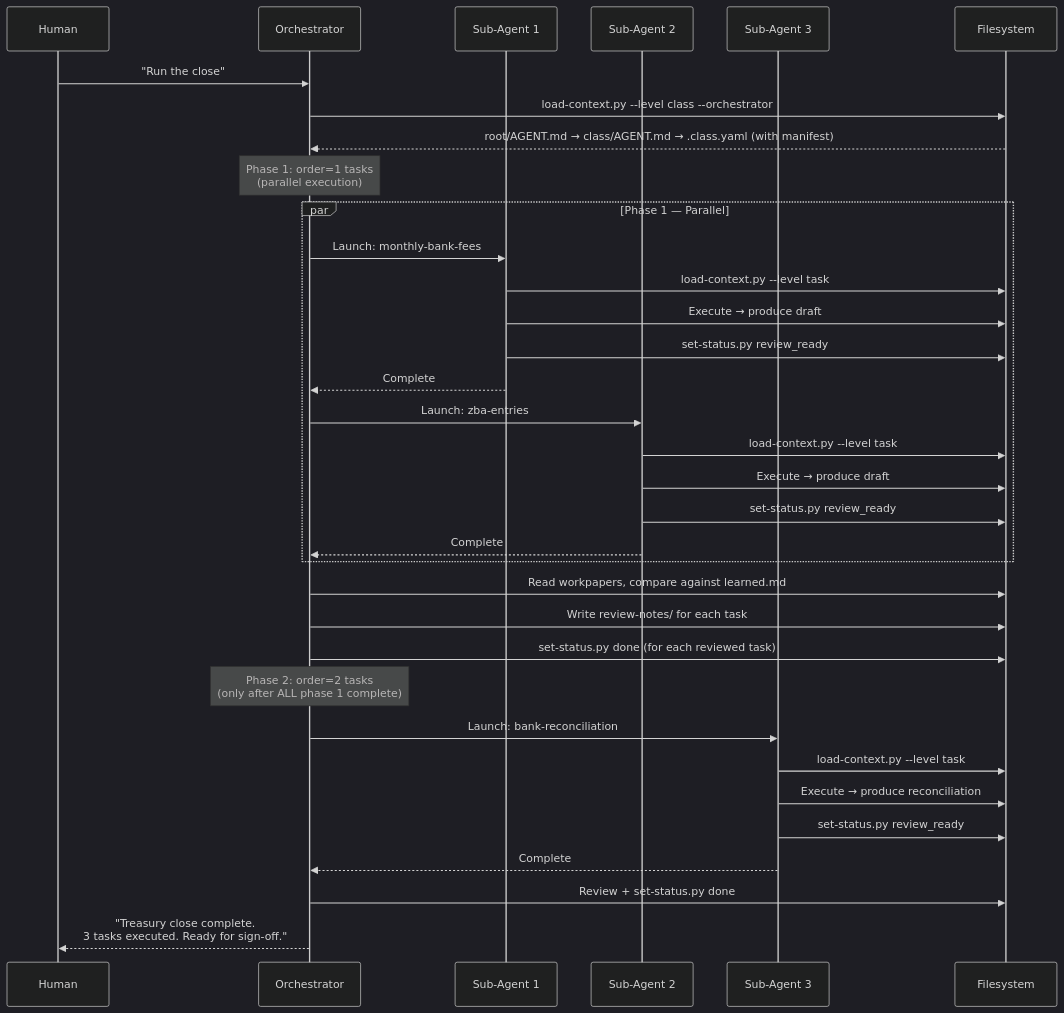
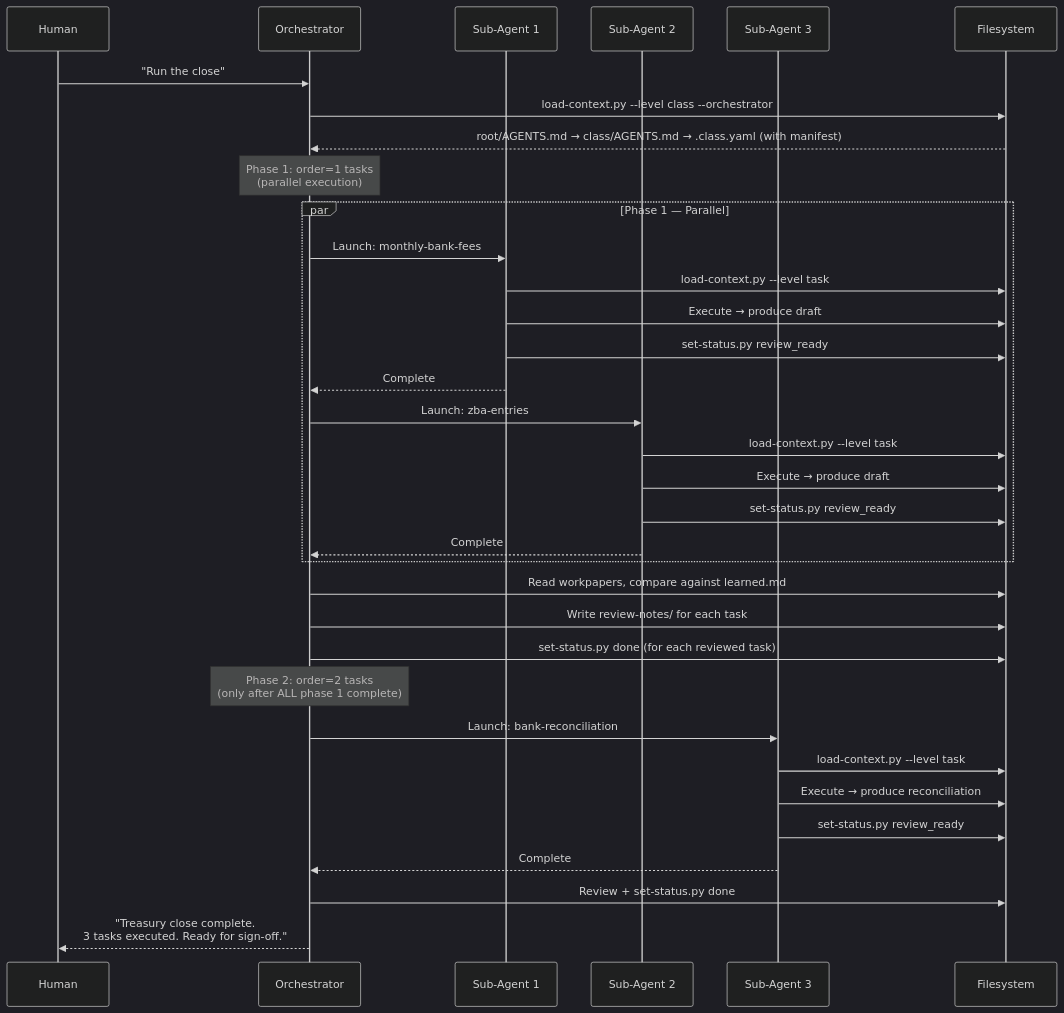
One commit to TomFoolerrie/cadence changed the sixth of 9 diagrams in spec/diagrams.md. Above: the diagram before and after it, drawn with Mermaid (dark theme). The commit also changed other lines of this file and 28 other files, not shown here.

````diff
--- a/spec/diagrams.md
+++ b/spec/diagrams.md
@@ -225,44 +225,44 @@
 ```mermaid
 sequenceDiagram
     participant H as Human
     participant O as Orchestrator
     participant SA1 as Sub-Agent 1
     participant SA2 as Sub-Agent 2
     participant SA3 as Sub-Agent 3
     participant FS as Filesystem
 
     H->>O: "Run the close"
     O->>FS: load-context.py --level class --orchestrator
-    FS-->>O: root/AGENT.md → class/AGENT.md → .class.yaml (with manifest)
+    FS-->>O: root/AGENTS.md → class/AGENTS.md → .class.yaml (with manifest)
 
     Note over O: Phase 1: order=1 tasks<br/>(parallel execution)
 
     par Phase 1 — Parallel
         O->>SA1: Launch: monthly-bank-fees
         SA1->>FS: load-context.py --level task
         SA1->>FS: Execute → produce draft
         SA1->>FS: set-status.py review_ready
         SA1-->>O: Complete
 
         O->>SA2: Launch: zba-entries
         SA2->>FS: load-context.py --level task
         SA2->>FS: Execute → produce draft
         SA2->>FS: set-status.py review_ready
         SA2-->>O: Complete
     end
 
     O->>FS: Read workpapers, compare against learned.md
     O->>FS: Write review-notes/ for each task
     O->>FS: set-status.py done (for each reviewed task)
 
     Note over O: Phase 2: order=2 tasks<br/>(only after ALL phase 1 complete)
 
     O->>SA3: Launch: bank-reconciliation
     SA3->>FS: load-context.py --level task
     SA3->>FS: Execute → produce reconciliation
     SA3->>FS: set-status.py review_ready
     SA3-->>O: Complete
 
     O->>FS: Review + set-status.py done
     O-->>H: "Treasury close complete.<br/>3 tasks executed. Ready for sign-off."
 ```
````
